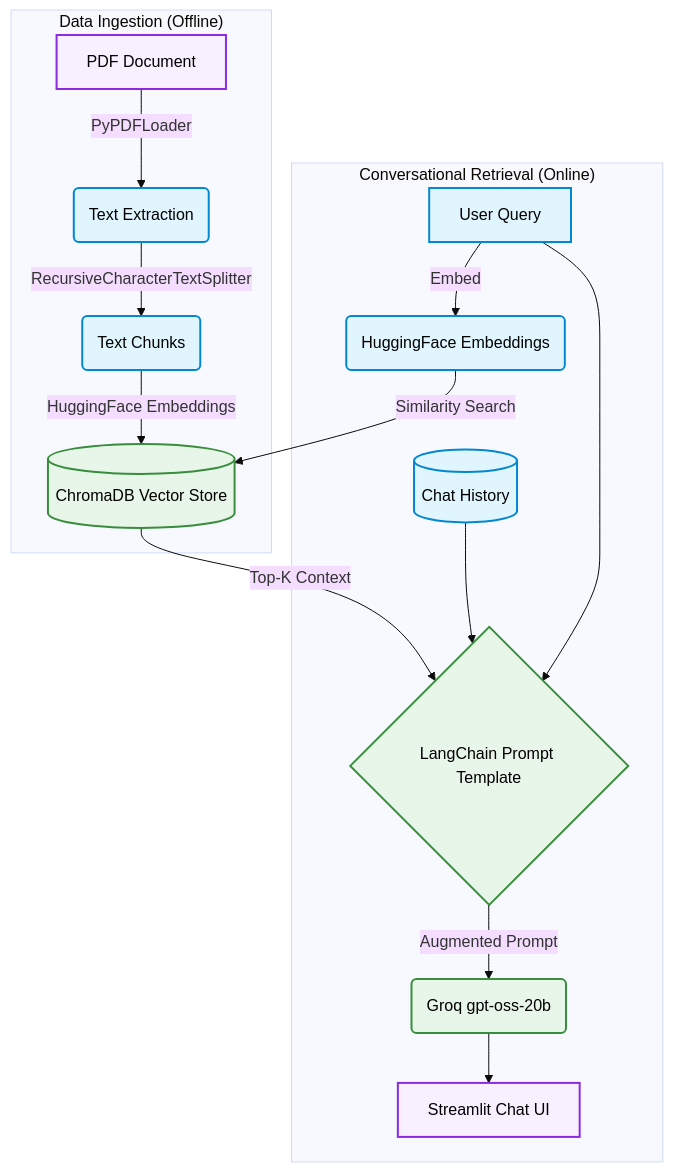
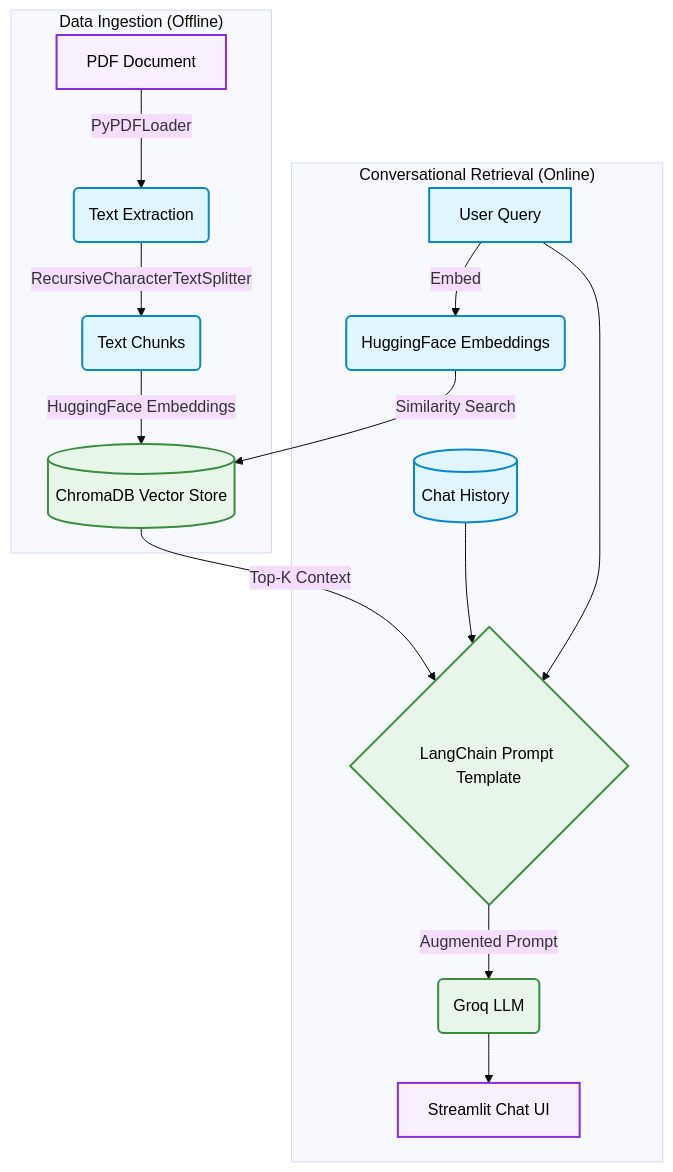
Before and after one commit to Shashank17singh/Conversational-RAG-Chatbot: the diagram in README.md, drawn with Mermaid (base theme). The commit also changed other lines of this file, not shown here.

````diff
--- a/README.md
+++ b/README.md
@@ -13,26 +18,26 @@
 ```mermaid
 graph TD
     subgraph "Data Ingestion (Offline)"
     A[PDF Document] -->|PyPDFLoader| B(Text Extraction)
     B -->|RecursiveCharacterTextSplitter| C(Text Chunks)
     C -->|HuggingFace Embeddings| D[(ChromaDB Vector Store)]
     end
 
     subgraph "Conversational Retrieval (Online)"
     E[User Query] -->|Embed| F(HuggingFace Embeddings)
     F -->|Similarity Search| D
     D -->|Top-K Context| G{LangChain Prompt Template}
     H[(Chat History)] --> G
     E --> G
-    G -->|Augmented Prompt| I(Groq gpt-oss-20b)
+    G -->|Augmented Prompt| I(Groq LLM)
     I --> J[Streamlit Chat UI]
     end
 
     classDef io fill:#f9f0ff,stroke:#8a2be2,stroke-width:2px,color:#000;
     classDef core fill:#e1f5fe,stroke:#0288d1,stroke-width:2px,color:#000;
     classDef logic fill:#e8f5e9,stroke:#388e3c,stroke-width:2px,color:#000;
 
     class A,J io;
     class B,C,E,F,H core;
     class D,G,I logic;
 ```
````
